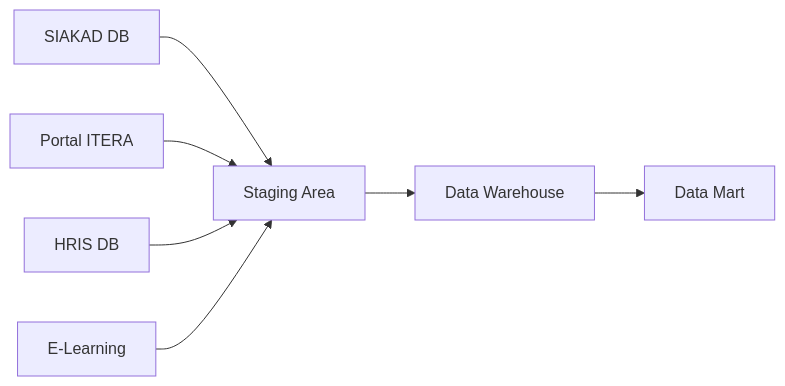
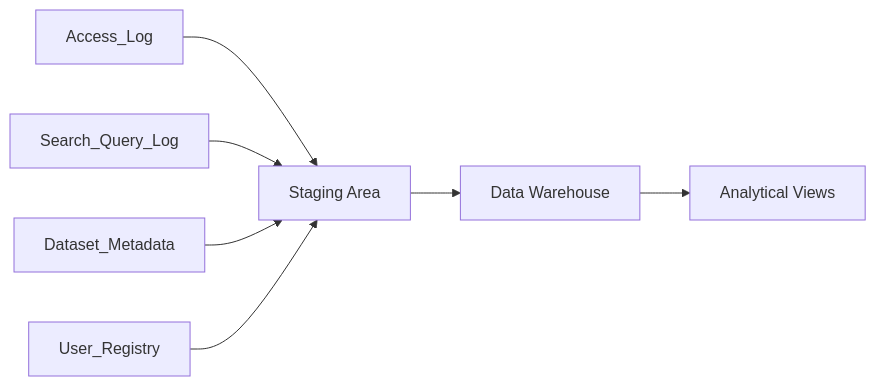
One commit to sains-data/Kelompok10_SatuData changed the diagram in docs/01_requirements/data-sources.md. Above: the diagram before and after it, drawn with Mermaid. The commit also changed other lines of this file, not shown here.

First line of the commit message:
Revise data sources and profiles in documentation

````diff
--- a/docs/01_requirements/data-sources.md
+++ b/docs/01_requirements/data-sources.md
@@ -139,9 +105,9 @@
 ```mermaid
 graph LR
-    A[SIAKAD DB] --> E[Staging Area]
-    B[Portal ITERA] --> E
-    C[HRIS DB] --> E
-    D[E-Learning] --> E
+    A[Access_Log] --> E[Staging Area]
+    B[Search_Query_Log] --> E
+    C[Dataset_Metadata] --> E
+    D[User_Registry] --> E
     E --> F[Data Warehouse]
-    F --> G[Data Mart]
+    F --> G[Analytical Views]
 ```
````
